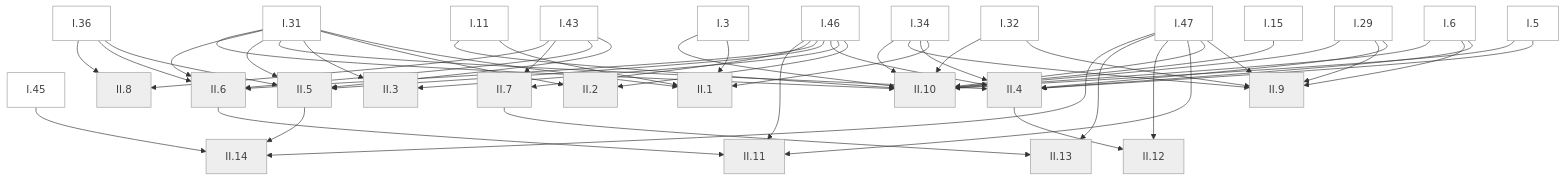
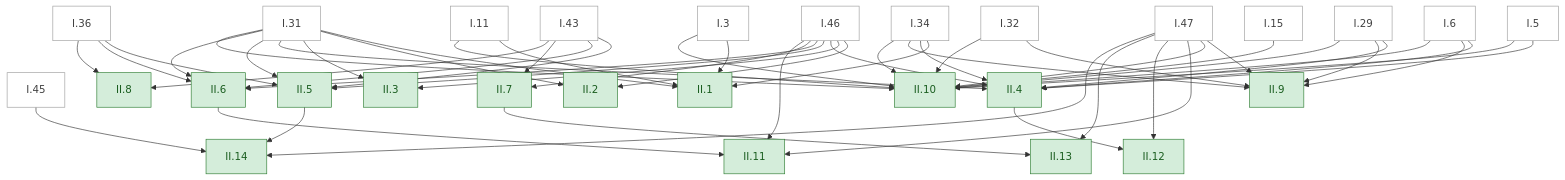
The second of 2 diagrams in GRAPH.md (dodecaplex-co/stoicheia), drawn with Mermaid before and after one commit. The commit also changed 21 other files, not shown here.

````diff
--- a/GRAPH.md
+++ b/GRAPH.md
@@ -307,5 +307,5 @@
   classDef sketched fill:#eeeeee,stroke:#9e9e9e,color:#424242
   classDef earlier fill:#ffffff,stroke:#9e9e9e,color:#424242
   class I3,I5,I6,I11,I15,I29,I31,I32,I34,I36,I43,I45,I46,I47 earlier
-  class II1,II2,II3,II4,II5,II6,II7,II8,II9,II10,II11,II12,II13,II14 sketched
+  class II1,II2,II3,II4,II5,II6,II7,II8,II9,II10,II11,II12,II13,II14 proved
 ```
````
